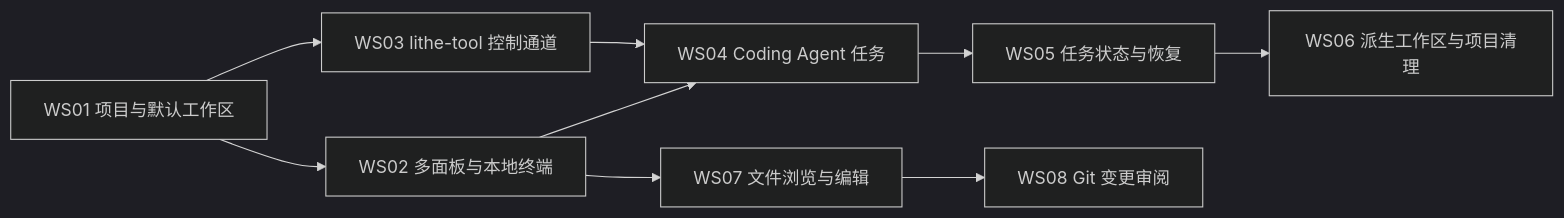
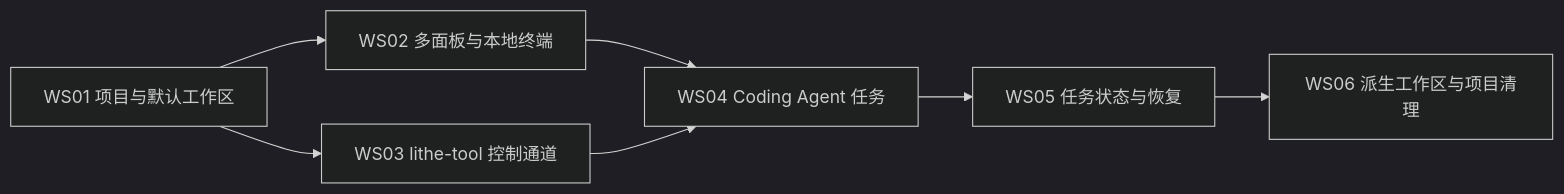
Before and after one commit to kxh4892636/Lithe: the diagram in docs/workstreams/总体交接.md, drawn with Mermaid (dark theme). The commit also changed other lines of this file and 48 other files, not shown here.

````diff
--- a/docs/workstreams/总体交接.md
+++ b/docs/workstreams/总体交接.md
@@ -47,11 +47,9 @@
 ```mermaid
 flowchart LR
     WS01["WS01 项目与默认工作区"] --> WS02["WS02 多面板与本地终端"]
     WS01 --> WS03["WS03 lithe-tool 控制通道"]
     WS02 --> WS04["WS04 Coding Agent 任务"]
     WS03 --> WS04
     WS04 --> WS05["WS05 任务状态与恢复"]
     WS05 --> WS06["WS06 派生工作区与项目清理"]
-    WS02 --> WS07["WS07 文件浏览与编辑"]
-    WS07 --> WS08["WS08 Git 变更审阅"]
 ```
````
